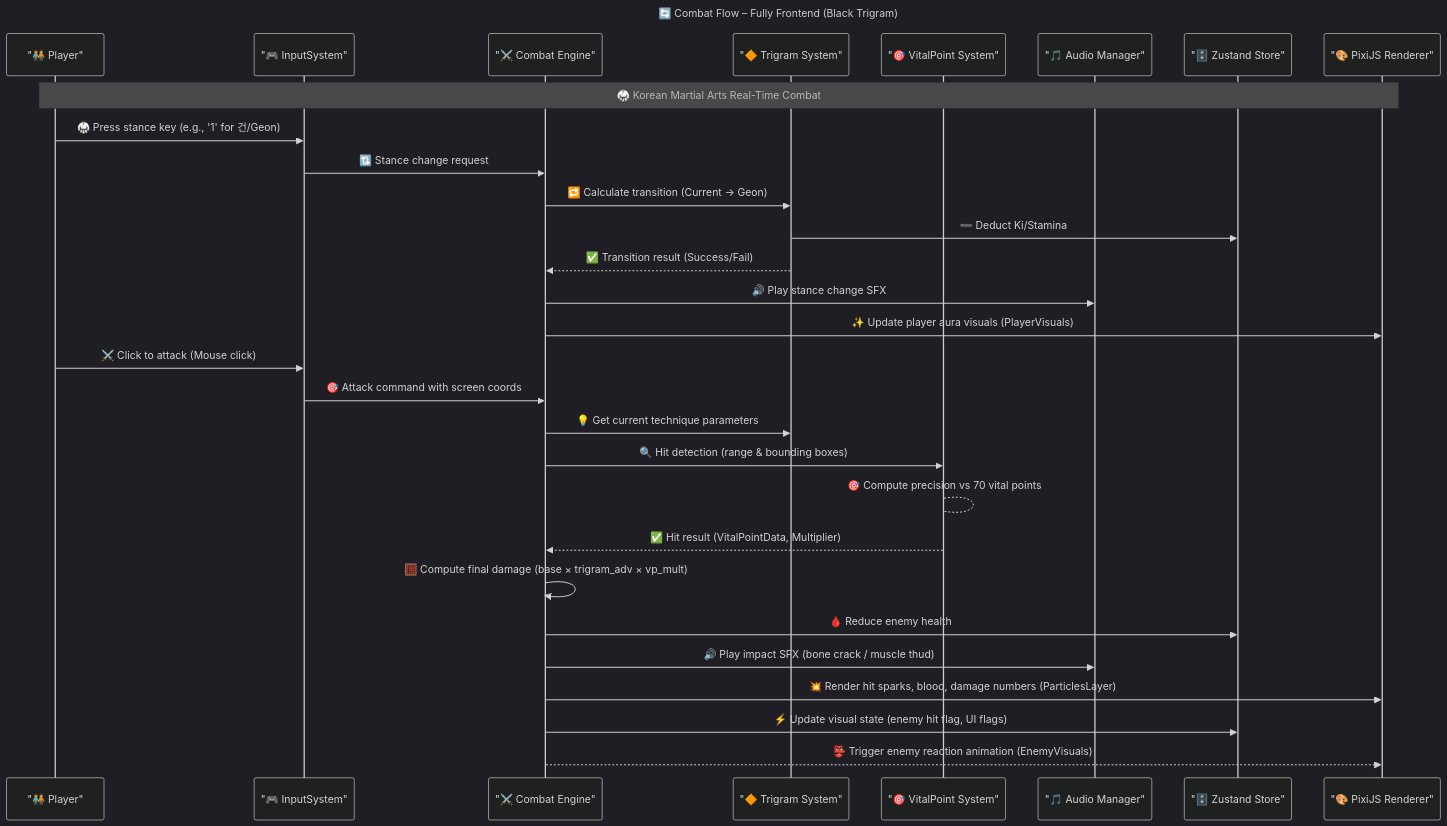
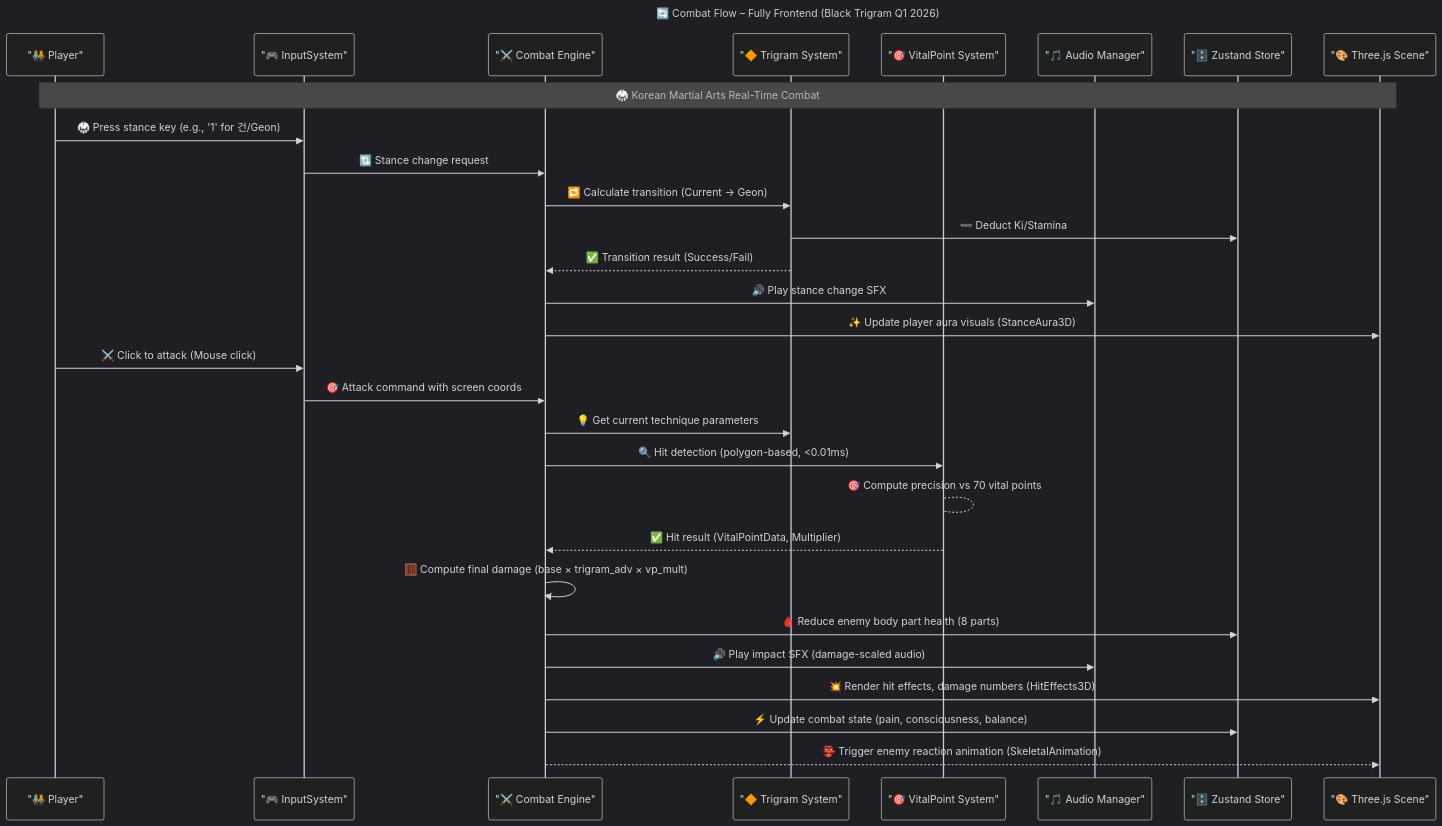
The sixth of 22 diagrams in docs/api/media/ARCHITECTURE.md (Hack23/blacktrigram), drawn with Mermaid (dark theme) before and after one commit. The commit also changed other lines of this file and 1530 other files, not shown here.

````diff
--- a/docs/api/media/ARCHITECTURE.md
+++ b/docs/api/media/ARCHITECTURE.md
@@ -816,36 +992,36 @@
 ```mermaid
 sequenceDiagram
-    title 🔄 Combat Flow – Fully Frontend (Black Trigram)
+    title 🔄 Combat Flow – Fully Frontend (Black Trigram Q1 2026)
 
     participant Player as "🧑‍🤝‍🧑 Player"
     participant InputSystem as "🎮 InputSystem"
     participant CombatEngine as "⚔️ Combat Engine"
     participant TrigramSystem as "🔶 Trigram System"
     participant VitalPointSystem as "🎯 VitalPoint System"
     participant AudioManager as "🎵 Audio Manager"
     participant StateStore as "🗄️ Zustand Store"
-    participant PixiStage as "🎨 PixiJS Renderer"
+    participant ThreeScene as "🎨 Three.js Scene"
 
-    Note over Player,PixiStage: 🥋 Korean Martial Arts Real-Time Combat
+    Note over Player,ThreeScene: 🥋 Korean Martial Arts Real-Time Combat
 
     Player->>InputSystem: 🥋 Press stance key (e.g., '1' for 건/Geon)
     InputSystem->>CombatEngine: 🔃 Stance change request
     CombatEngine->>TrigramSystem: 🔁 Calculate transition (Current → Geon)
     TrigramSystem->>StateStore: ➖ Deduct Ki/Stamina
     TrigramSystem-->>CombatEngine: ✅ Transition result (Success/Fail)
     CombatEngine->>AudioManager: 🔊 Play stance change SFX
-    CombatEngine->>PixiStage: ✨ Update player aura visuals (PlayerVisuals)
+    CombatEngine->>ThreeScene: ✨ Update player aura visuals (StanceAura3D)
 
     Player->>InputSystem: ⚔️ Click to attack (Mouse click)
     InputSystem->>CombatEngine: 🎯 Attack command with screen coords
     CombatEngine->>TrigramSystem: 💡 Get current technique parameters
-    CombatEngine->>VitalPointSystem: 🔍 Hit detection (range & bounding boxes)
+    CombatEngine->>VitalPointSystem: 🔍 Hit detection (polygon-based, <0.01ms)
     VitalPointSystem-->VitalPointSystem: 🎯 Compute precision vs 70 vital points
     VitalPointSystem-->>CombatEngine: ✅ Hit result (VitalPointData, Multiplier)
     CombatEngine->>CombatEngine: 🧮 Compute final damage (base × trigram_adv × vp_mult)
-    CombatEngine->>StateStore: 🩸 Reduce enemy health
-    CombatEngine->>AudioManager: 🔊 Play impact SFX (bone crack / muscle thud)
-    CombatEngine->>PixiStage: 💥 Render hit sparks, blood, damage numbers (ParticlesLayer)
-    CombatEngine->>StateStore: ⚡ Update visual state (enemy hit flag, UI flags)
-    CombatEngine-->>PixiStage: 👺 Trigger enemy reaction animation (EnemyVisuals)
+    CombatEngine->>StateStore: 🩸 Reduce enemy body part health (8 parts)
+    CombatEngine->>AudioManager: 🔊 Play impact SFX (damage-scaled audio)
+    CombatEngine->>ThreeScene: 💥 Render hit effects, damage numbers (HitEffects3D)
+    CombatEngine->>StateStore: ⚡ Update combat state (pain, consciousness, balance)
+    CombatEngine-->>ThreeScene: 👺 Trigger enemy reaction animation (SkeletalAnimation)
 ```
````
